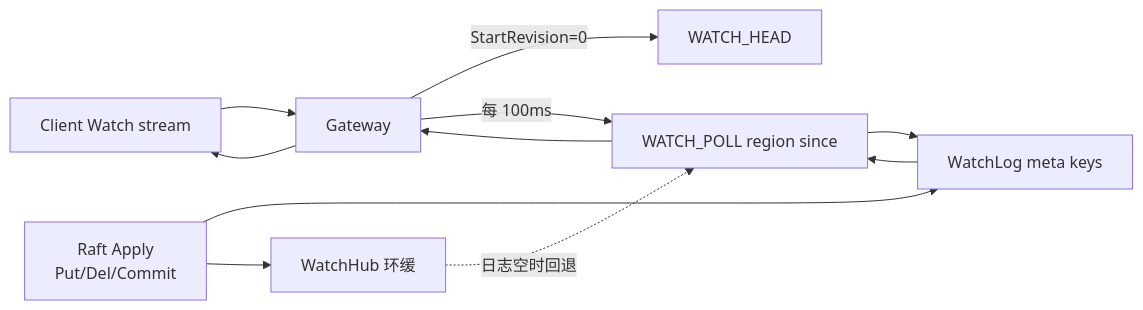
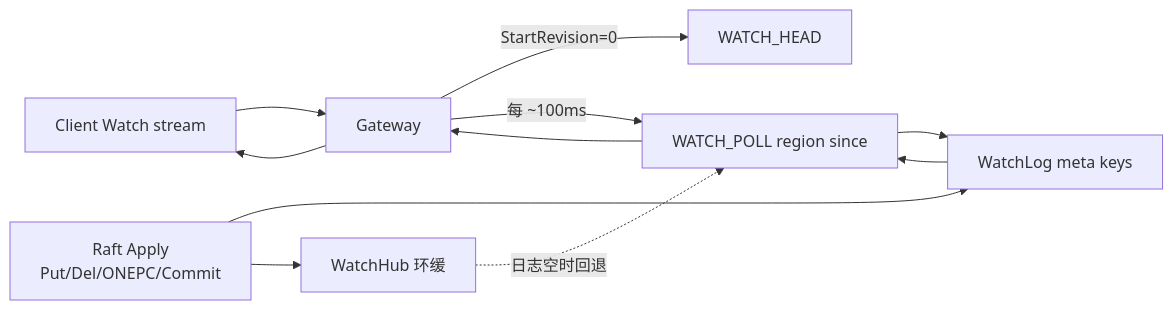
The diagram in docs/flows/11-watch.md (devotionalist/openkv), drawn with Mermaid before and after one commit. The commit also changed other lines of this file and 167 other files, not shown here.

````diff
--- a/docs/flows/11-watch.md
+++ b/docs/flows/11-watch.md
@@ -5,12 +6,12 @@
 ```mermaid
 flowchart LR
   A[Client Watch stream] --> B[Gateway]
   B -->|StartRevision=0| H[WATCH_HEAD]
-  B -->|每 100ms| C[WATCH_POLL region since]
+  B -->|每 ~100ms| C[WATCH_POLL region since]
   C --> D[WatchLog meta keys]
-  E[Raft Apply<br/>Put/Del/Commit] --> D
+  E[Raft Apply<br/>Put/Del/ONEPC/Commit] --> D
   E --> F[WatchHub 环缓]
   F -.->|日志空时回退| C
   D --> C
   C --> B --> A
 ```
````
